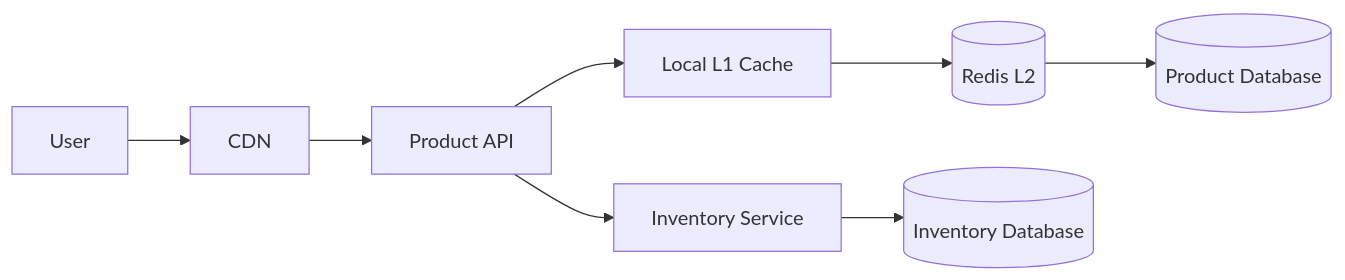
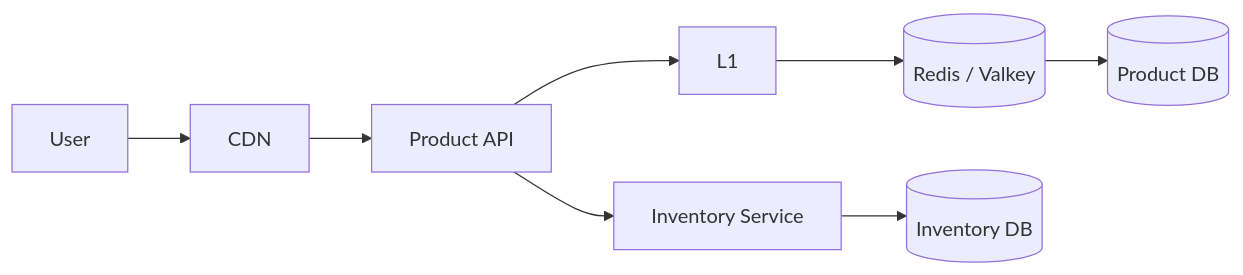
Before and after one commit to AvadhBhalodiya/Interview-Preparation: diagram 11 of 12 in src/content/system-design/caching-layers-stampede.md, drawn with Mermaid. The commit also changed other lines of this file and 54 other files, not shown here.

````diff
--- a/src/content/system-design/caching-layers-stampede.md
+++ b/src/content/system-design/caching-layers-stampede.md
@@ -1576,10 +872,11 @@
 ```mermaid
 flowchart LR
     U[User] --> CDN[CDN]
     CDN --> API[Product API]
-    API --> L1[Local L1 Cache]
-    L1 --> REDIS[(Redis L2)]
-    REDIS --> PDB[(Product Database)]
+    API --> L1[L1]
+    L1 --> L2[(Redis / Valkey)]
+    L2 --> PDB[(Product DB)]
+
     API --> INV[Inventory Service]
-    INV --> IDB[(Inventory Database)]
+    INV --> IDB[(Inventory DB)]
 ```
````
